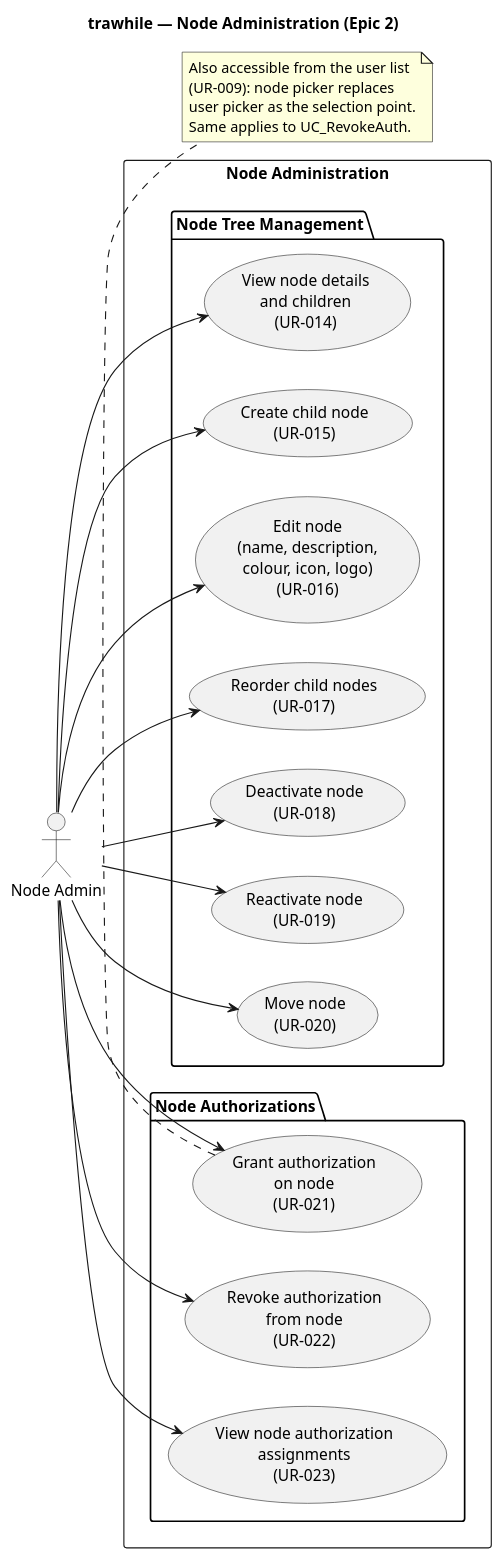
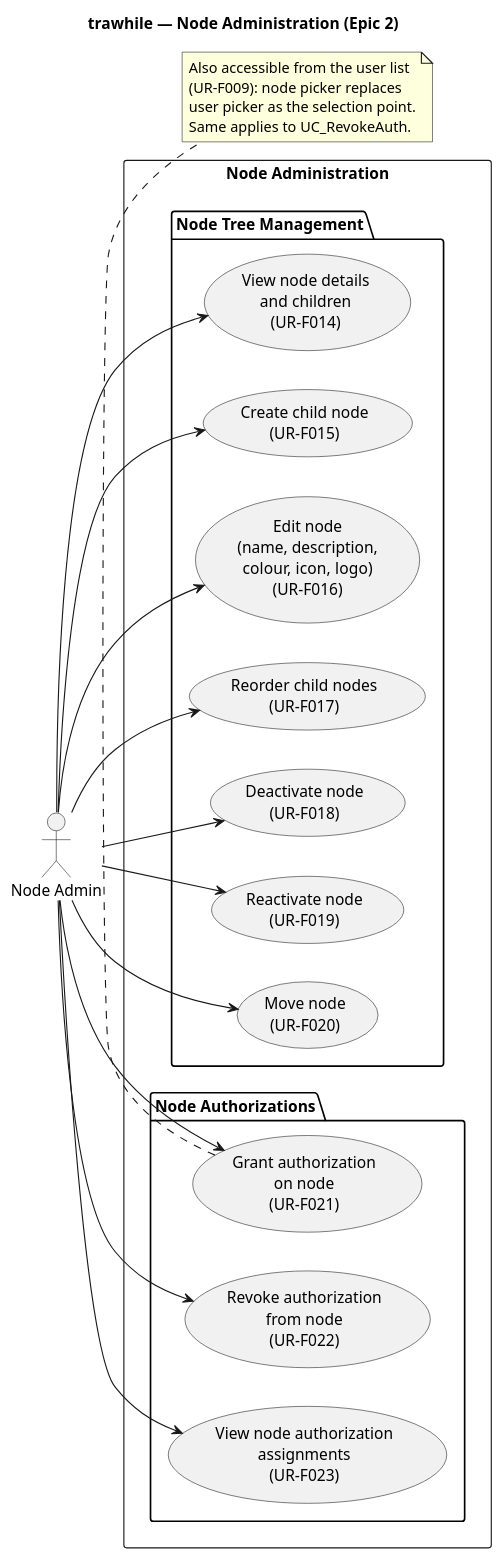
One commit to uCore7/trawhile changed the diagram in docs/uml/use-cases-node-admin.puml. Above: the diagram before and after it, drawn with PlantUML. The commit also changed 78 other files, not shown here.

```diff
--- a/docs/uml/use-cases-node-admin.puml
+++ b/docs/uml/use-cases-node-admin.puml
@@ -1,43 +1,43 @@
 @startuml use-cases-node-admin
 title trawhile — Node Administration (Epic 2)
 
 left to right direction
 
 actor "Node Admin" as NodeAdmin
 
 rectangle "Node Administration" {
     package "Node Tree Management" {
-        usecase "View node details\nand children\n(UR-014)" as UC_ViewNode
-        usecase "Create child node\n(UR-015)" as UC_CreateNode
-        usecase "Edit node\n(name, description,\ncolour, icon, logo)\n(UR-016)" as UC_EditNode
-        usecase "Reorder child nodes\n(UR-017)" as UC_ReorderNodes
-        usecase "Deactivate node\n(UR-018)" as UC_Deactivate
-        usecase "Reactivate node\n(UR-019)" as UC_Reactivate
-        usecase "Move node\n(UR-020)" as UC_MoveNode
+        usecase "View node details\nand children\n(UR-F014)" as UC_ViewNode
+        usecase "Create child node\n(UR-F015)" as UC_CreateNode
+        usecase "Edit node\n(name, description,\ncolour, icon, logo)\n(UR-F016)" as UC_EditNode
+        usecase "Reorder child nodes\n(UR-F017)" as UC_ReorderNodes
+        usecase "Deactivate node\n(UR-F018)" as UC_Deactivate
+        usecase "Reactivate node\n(UR-F019)" as UC_Reactivate
+        usecase "Move node\n(UR-F020)" as UC_MoveNode
     }
     package "Node Authorizations" {
-        usecase "Grant authorization\non node\n(UR-021)" as UC_GrantAuth
-        usecase "Revoke authorization\nfrom node\n(UR-022)" as UC_RevokeAuth
-        usecase "View node authorization\nassignments\n(UR-023)" as UC_ViewNodeAuths
+        usecase "Grant authorization\non node\n(UR-F021)" as UC_GrantAuth
+        usecase "Revoke authorization\nfrom node\n(UR-F022)" as UC_RevokeAuth
+        usecase "View node authorization\nassignments\n(UR-F023)" as UC_ViewNodeAuths
     }
 }
 
 note bottom of UC_GrantAuth
   Also accessible from the user list
-  (UR-009): node picker replaces
+  (UR-F009): node picker replaces
   user picker as the selection point.
   Same applies to UC_RevokeAuth.
 end note
 
 NodeAdmin --> UC_ViewNode
 NodeAdmin --> UC_CreateNode
 NodeAdmin --> UC_EditNode
 NodeAdmin --> UC_ReorderNodes
 NodeAdmin --> UC_Deactivate
 NodeAdmin --> UC_Reactivate
 NodeAdmin --> UC_MoveNode
 NodeAdmin --> UC_GrantAuth
 NodeAdmin --> UC_RevokeAuth
 NodeAdmin --> UC_ViewNodeAuths
 
 @enduml
```
